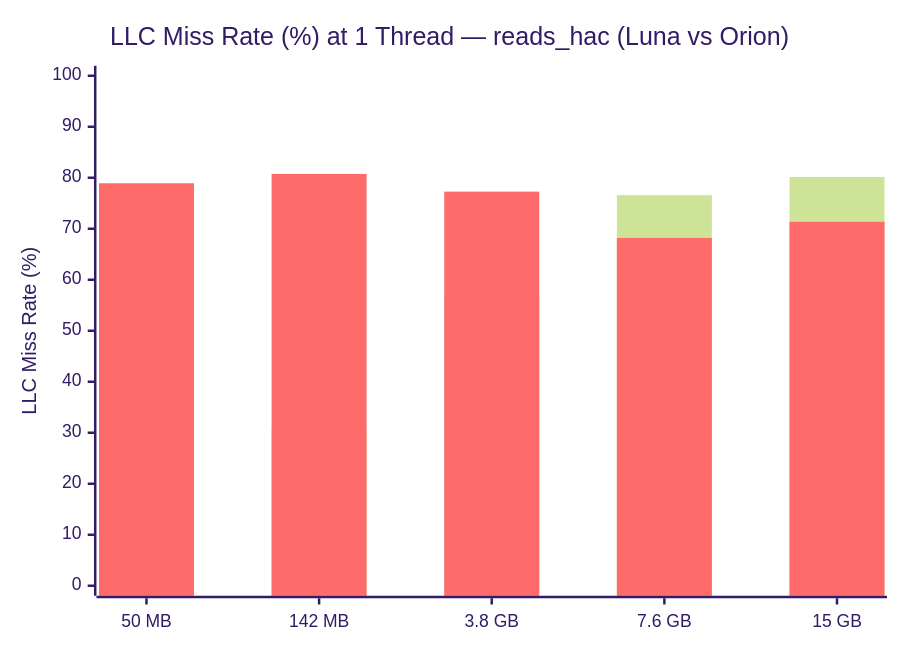
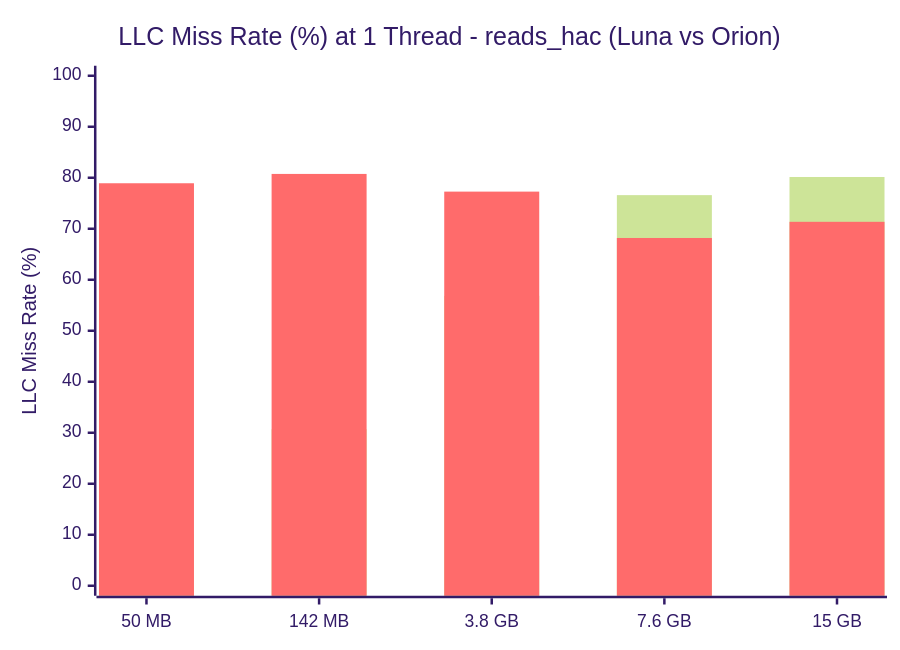
Diagram 24 of 26 in README.md (KathpaliaChirag/Nanopore-project), drawn with Mermaid (forest theme) before and after one commit. The commit also changed other lines of this file and 4 other files, not shown here.

````diff
--- a/README.md
+++ b/README.md
@@ -818,8 +931,8 @@
 ```mermaid
 xychart-beta
-    title "LLC Miss Rate (%) at 1 Thread — reads_hac (Luna vs Orion)"
+    title "LLC Miss Rate (%) at 1 Thread - reads_hac (Luna vs Orion)"
     x-axis ["50 MB", "142 MB", "3.8 GB", "7.6 GB", "15 GB"]
     y-axis "LLC Miss Rate (%)" 0 --> 100
     bar [10.19, 30.70, 56.85, 76.59, 80.15]
     bar [78.92, 80.75, 77.28, 68.19, 71.36]
 ```
````
